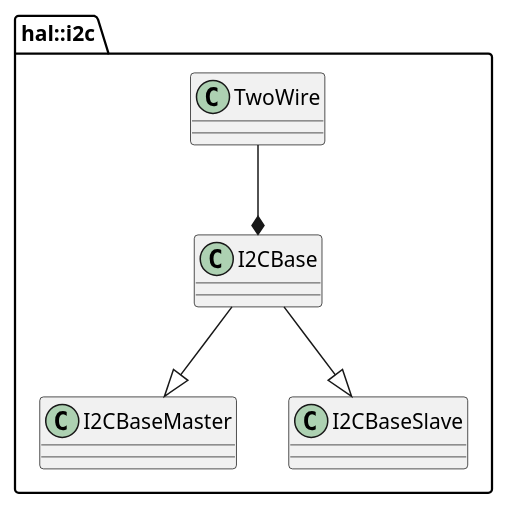
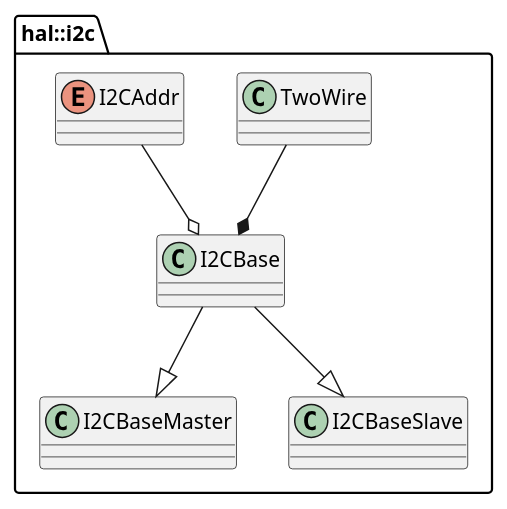
The diagram in modules/i2c/docs/ClassDiagram.puml (RobotPatient/Manikin_Software_Libraries), drawn with PlantUML before and after one commit. The commit also changed 5 other files, not shown here.

```diff
--- a/modules/i2c/docs/ClassDiagram.puml
+++ b/modules/i2c/docs/ClassDiagram.puml
@@ -1,22 +1,25 @@
 @startuml I2C
 
 namespace hal::i2c {
     class TwoWire
     class I2CBase{
 
     }
 
     class I2CBaseMaster{
 
     }
 
     class I2CBaseSlave{
 
     }
 
+    enum I2CAddr
+
+    I2CAddr --o I2CBase
     I2CBase --|> I2CBaseSlave
     I2CBase --|> I2CBaseMaster
     TwoWire --* I2CBase
 }
 
 @enduml
```
